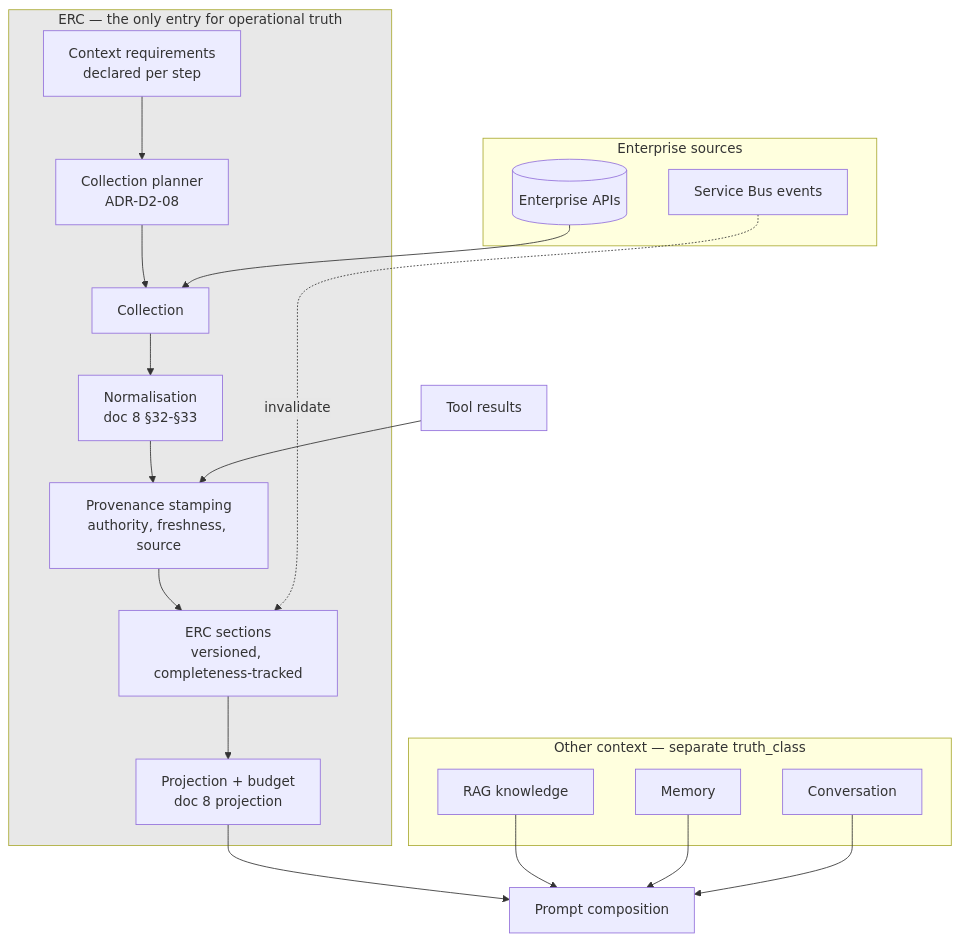
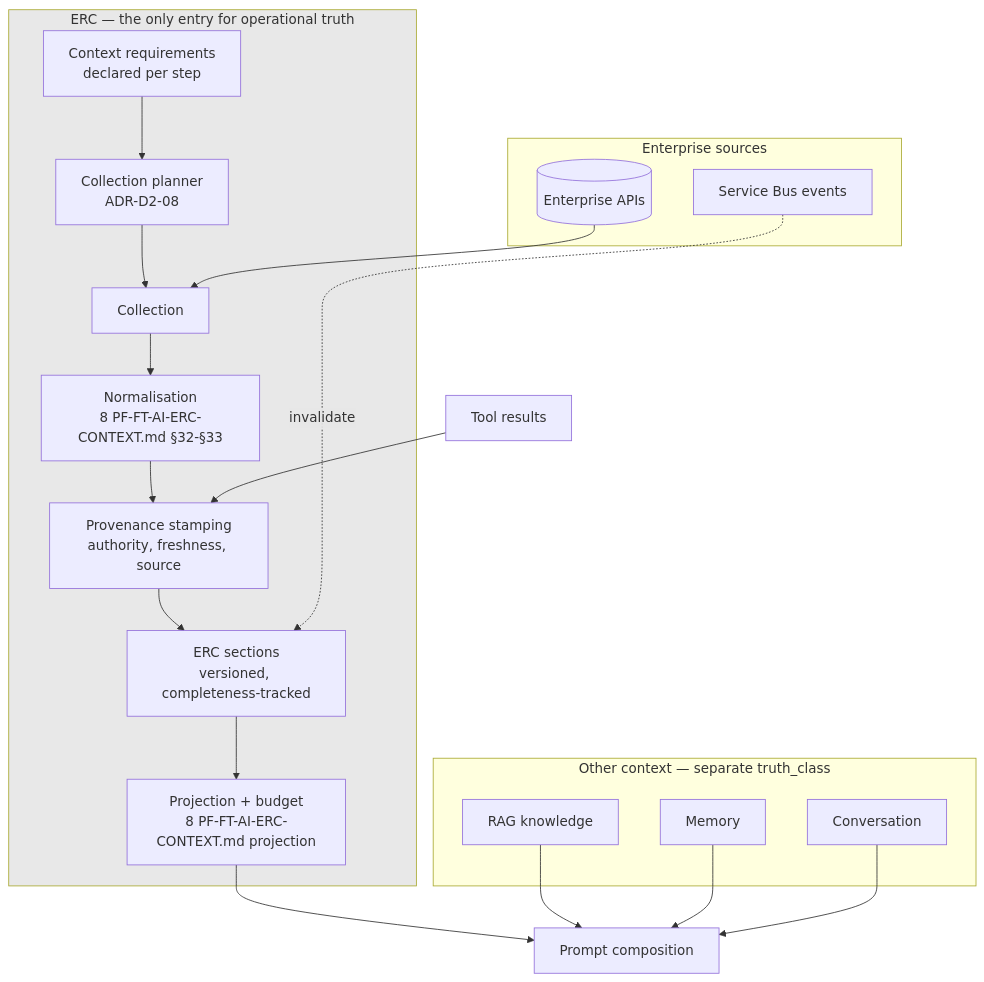
Before and after one commit to gobimca87/PF-FT: the diagram in docs/architecture/adr/02-application-architecture/ADR-D2-12-erc-as-enterprise-context-boundary.md, drawn with Mermaid. The commit also changed other lines of this file and 143 other files, not shown here.

````diff
--- a/docs/architecture/adr/02-application-architecture/ADR-D2-12-erc-as-enterprise-context-boundary.md
+++ b/docs/architecture/adr/02-application-architecture/ADR-D2-12-erc-as-enterprise-context-boundary.md
@@ -316,29 +316,29 @@
 ```mermaid
 flowchart TD
     subgraph SRC["Enterprise sources"]
         API[(Enterprise APIs)]
         EVT[Service Bus events]
     end
     subgraph ERC["ERC — the only entry for operational truth"]
         REQ[Context requirements<br/>declared per step] --> PLAN[Collection planner<br/>ADR-D2-08]
         PLAN --> COL[Collection]
-        COL --> NORM[Normalisation<br/>doc 8 §32-§33]
+        COL --> NORM[Normalisation<br/>8 PF-FT-AI-ERC-CONTEXT.md §32-§33]
         NORM --> PROV[Provenance stamping<br/>authority, freshness, source]
         PROV --> SEC[ERC sections<br/>versioned, completeness-tracked]
-        SEC --> PROJ[Projection + budget<br/>doc 8 projection]
+        SEC --> PROJ[Projection + budget<br/>8 PF-FT-AI-ERC-CONTEXT.md projection]
     end
     subgraph OTHER["Other context — separate truth_class"]
         RAG[RAG knowledge]
         MEM[Memory]
         CONV[Conversation]
     end
     API --> COL
     EVT -.invalidate.-> SEC
     TOOL[Tool results] --> PROV
     PROJ --> PR[Prompt composition]
     RAG --> PR
     MEM --> PR
     CONV --> PR
 
     style ERC fill:#e8e8e8
 ```
````
